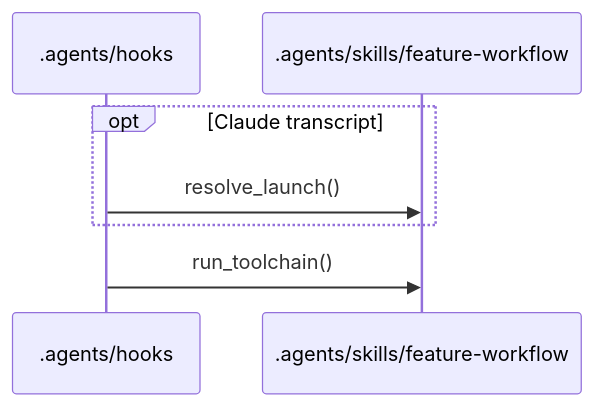
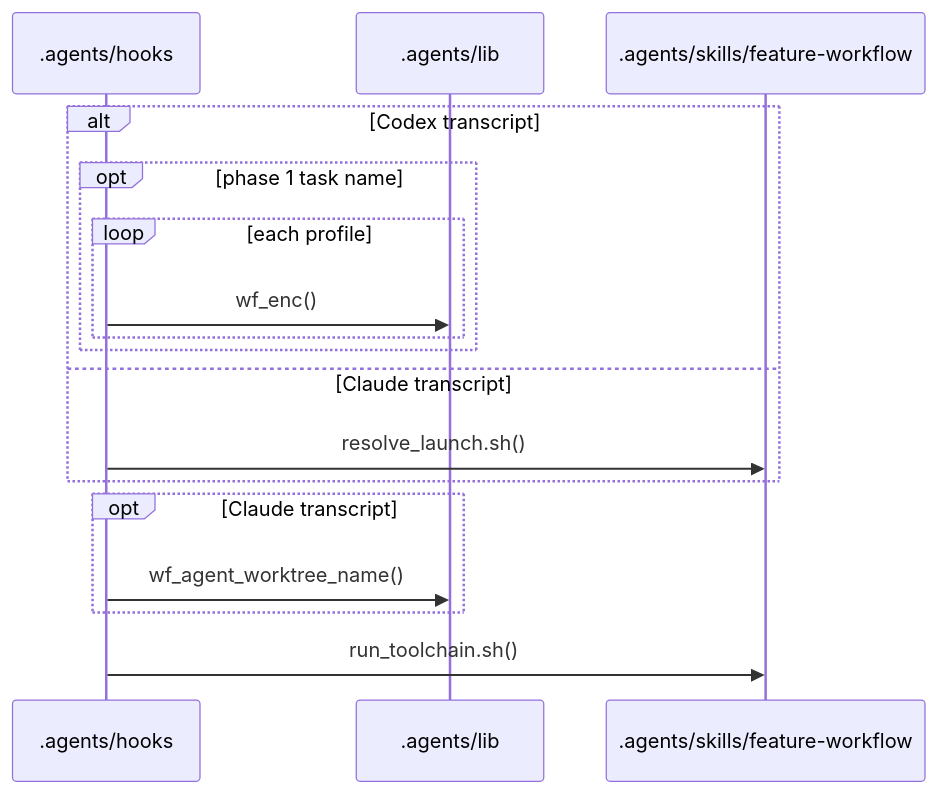
The second of 15 diagrams in .workflow/cache/flows.md (TajVirani/llm-scaffold-claude), drawn with Mermaid before and after one commit. The commit also changed other lines of this file and 2 other files, not shown here.

````diff
--- a/.workflow/cache/flows.md
+++ b/.workflow/cache/flows.md
@@ -72,9 +79,19 @@
 ```mermaid
 sequenceDiagram
   participant _agents_hooks as .agents/hooks
+  participant _agents_lib as .agents/lib
   participant _agents_skills_feature_workflow as .agents/skills/feature-workflow
+  alt Codex transcript
+    opt phase 1 task name
+      loop each profile
+        _agents_hooks->>_agents_lib: wf_enc()
+      end
+    end
+  else Claude transcript
+    _agents_hooks->>_agents_skills_feature_workflow: resolve_launch.sh()
+  end
   opt Claude transcript
-    _agents_hooks->>_agents_skills_feature_workflow: resolve_launch()
+    _agents_hooks->>_agents_lib: wf_agent_worktree_name()
   end
-  _agents_hooks->>_agents_skills_feature_workflow: run_toolchain()
+  _agents_hooks->>_agents_skills_feature_workflow: run_toolchain.sh()
 ```
````
